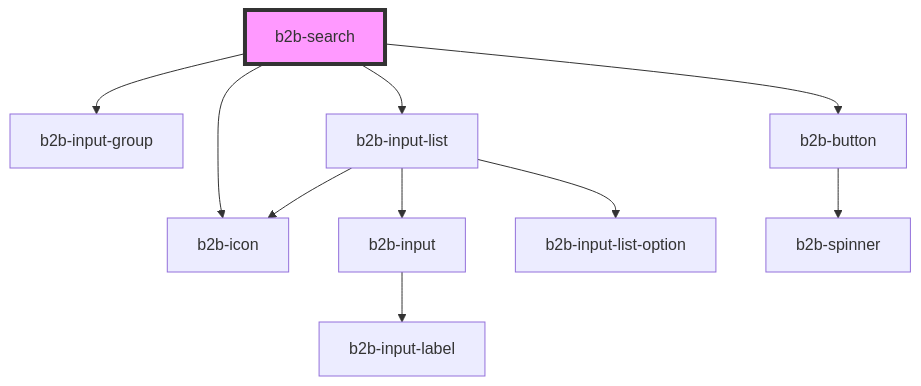
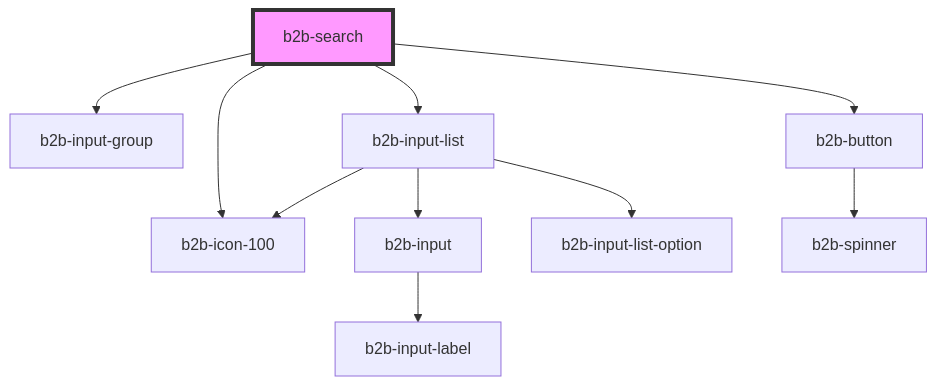
One commit to otto-de/b2b-design-system changed the diagram in packages/core-components/src/components/search/readme.md. Above: the diagram before and after it, drawn with Mermaid. The commit also changed other lines of this file and 41 other files, not shown here.

````diff
--- a/packages/core-components/src/components/search/readme.md
+++ b/packages/core-components/src/components/search/readme.md
@@ -35,13 +35,13 @@
 ```mermaid
 graph TD;
   b2b-search --> b2b-input-group
   b2b-search --> b2b-input-list
   b2b-search --> b2b-button
-  b2b-search --> b2b-icon
+  b2b-search --> b2b-icon-100
   b2b-input-list --> b2b-input
-  b2b-input-list --> b2b-icon
+  b2b-input-list --> b2b-icon-100
   b2b-input-list --> b2b-input-list-option
   b2b-input --> b2b-input-label
   b2b-button --> b2b-spinner
   style b2b-search fill:#f9f,stroke:#333,stroke-width:4px
 ```
````
